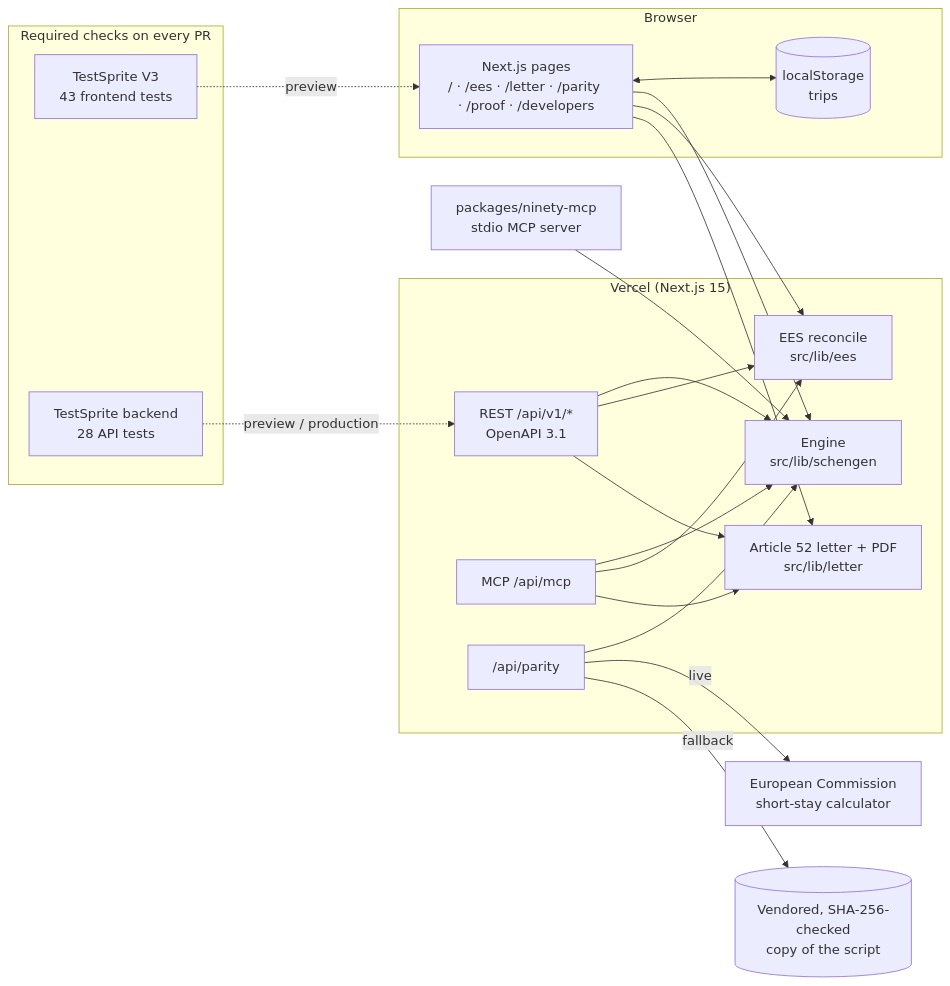
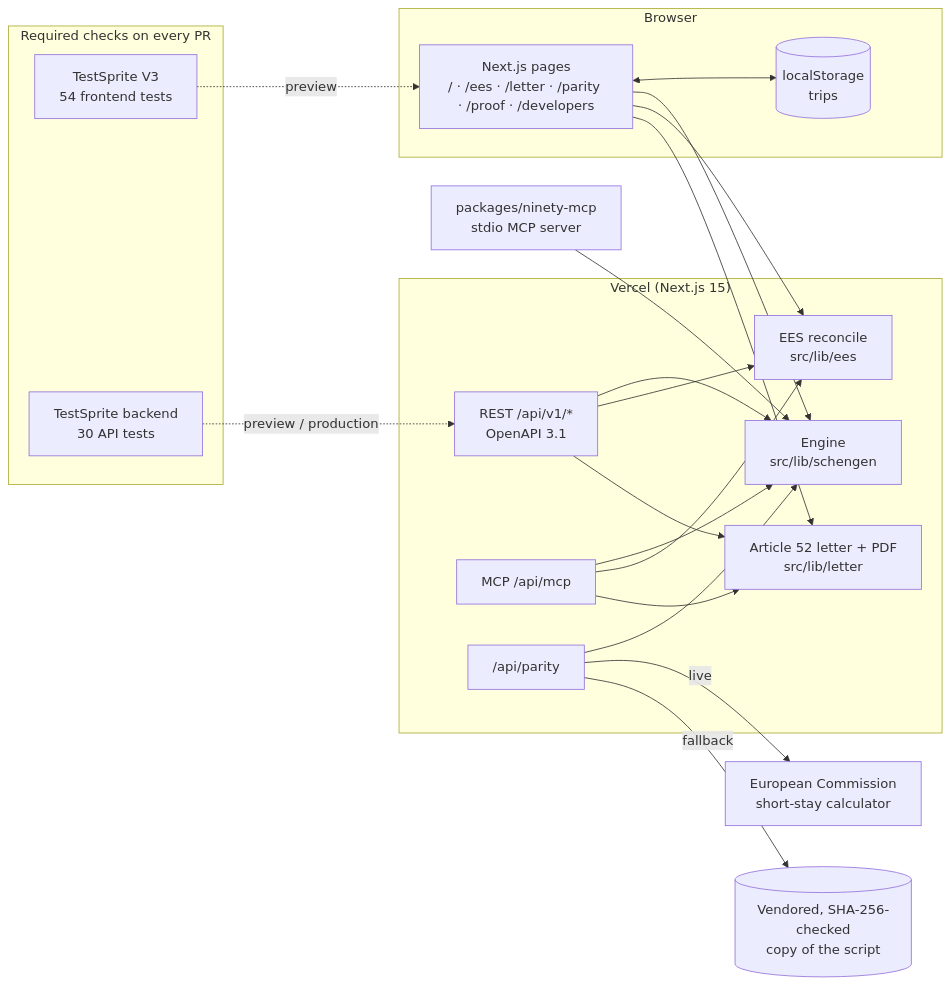
One commit to mohamedwael201193/ninety changed the diagram in README.md. Above: the diagram before and after it, drawn with Mermaid. The commit also changed other lines of this file and 67 other files, not shown here.

First line of the commit message:
TestSprite suite 54 UI + 30 API, independent reference parity, 5,000-history fuzz, mutation 94.47% (#68)

````diff
--- a/README.md
+++ b/README.md
@@ -152,31 +167,31 @@
 ```mermaid
 flowchart LR
   subgraph Browser
     UI["Next.js pages<br/>/ · /ees · /letter · /parity · /proof · /developers"]
     LS[("localStorage<br/>trips")]
     UI <--> LS
   end
   subgraph Vercel["Vercel (Next.js 15)"]
     ENG["Engine<br/>src/lib/schengen"]
     EES["EES reconcile<br/>src/lib/ees"]
     LET["Article 52 letter + PDF<br/>src/lib/letter"]
     API["REST /api/v1/*<br/>OpenAPI 3.1"]
     MCP["MCP /api/mcp"]
     PAR["/api/parity"]
     API --> ENG & EES & LET
     MCP --> ENG & EES & LET
     PAR --> ENG
   end
   COM["European Commission<br/>short-stay calculator"]
   VEN[("Vendored, SHA-256-checked<br/>copy of the script")]
   UI --> ENG & EES & LET
   PAR -- live --> COM
   PAR -- fallback --> VEN
   STDIO["packages/ninety-mcp<br/>stdio MCP server"] --> ENG
   subgraph Gates["Required checks on every PR"]
-    TSF["TestSprite V3<br/>43 frontend tests"]
-    TSB["TestSprite backend<br/>28 API tests"]
+    TSF["TestSprite V3<br/>54 frontend tests"]
+    TSB["TestSprite backend<br/>30 API tests"]
   end
   TSF -. preview .-> UI
   TSB -. preview / production .-> API
 ```
````
